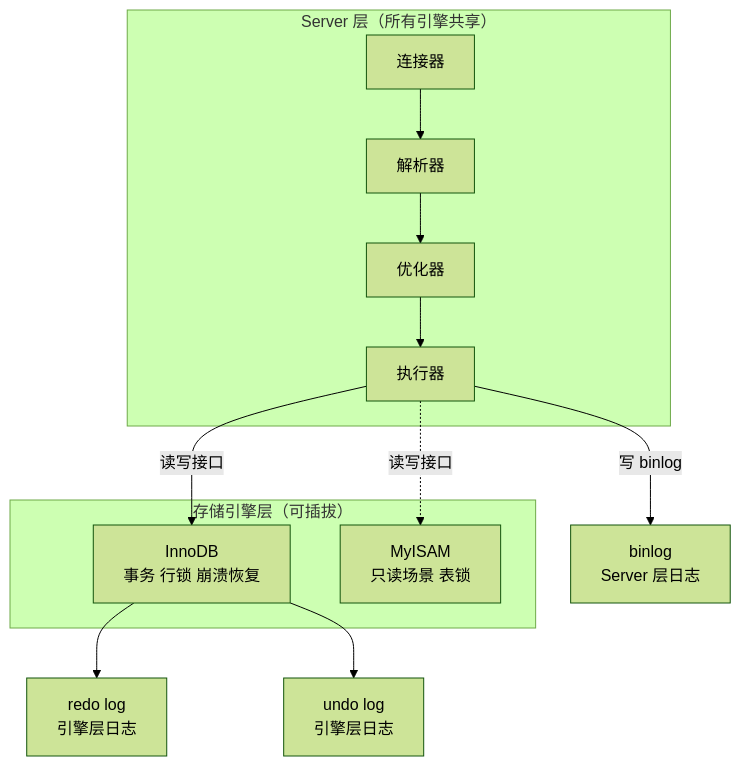
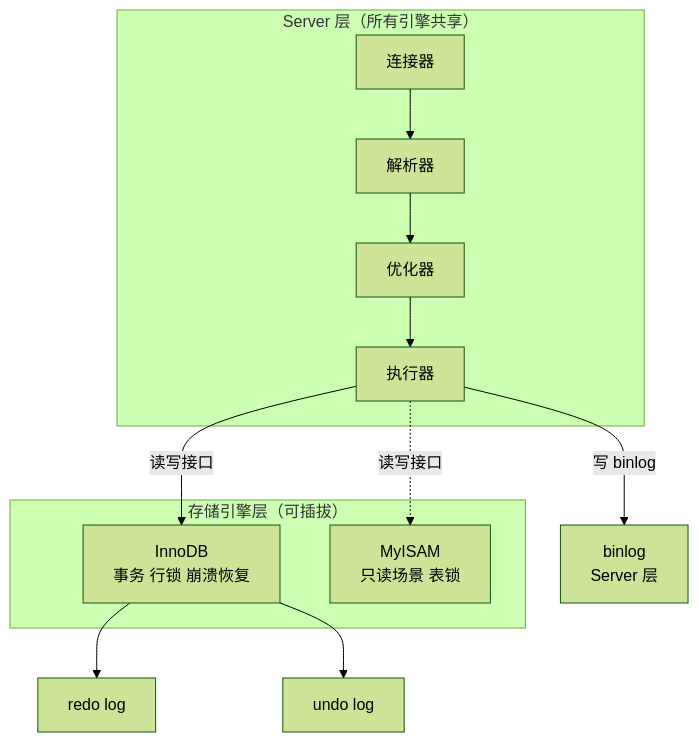
Before and after one commit to ml-cuizijun/LearnToLilith: the second of 7 diagrams in 02-中间件与数据库/01-MySQL/01-架构与存储引擎/知识点.md, drawn with Mermaid (forest theme). The commit also changed other lines of this file and 178 other files, not shown here.

````diff
--- a/02-中间件与数据库/01-MySQL/01-架构与存储引擎/知识点.md
+++ b/02-中间件与数据库/01-MySQL/01-架构与存储引擎/知识点.md
@@ -260,19 +231,15 @@
 ```mermaid
 flowchart TB
     subgraph server["Server 层（所有引擎共享）"]
-        CONN2["连接器"]
-        PARSE2["解析器"]
-        OPT2["优化器"]
-        EXEC2["执行器"]
+        CONN2["连接器"] --> PARSE2["解析器"] --> OPT2["优化器"] --> EXEC2["执行器"]
     end
     subgraph engines["存储引擎层（可插拔）"]
         INNODB["InnoDB<br/>事务 行锁 崩溃恢复"]
         MYISAM["MyISAM<br/>只读场景 表锁"]
     end
-    CONN2 --> PARSE2 --> OPT2 --> EXEC2
     EXEC2 -->|"读写接口"| INNODB
     EXEC2 -.->|"读写接口"| MYISAM
-    EXEC2 -->|"写 binlog"| BINLOG["binlog<br/>Server 层日志"]
-    INNODB --> REDO["redo log<br/>引擎层日志"]
-    INNODB --> UNDO["undo log<br/>引擎层日志"]
+    EXEC2 -->|"写 binlog"| BINLOG["binlog<br/>Server 层"]
+    INNODB --> REDO["redo log"]
+    INNODB --> UNDO["undo log"]
 ```
````
